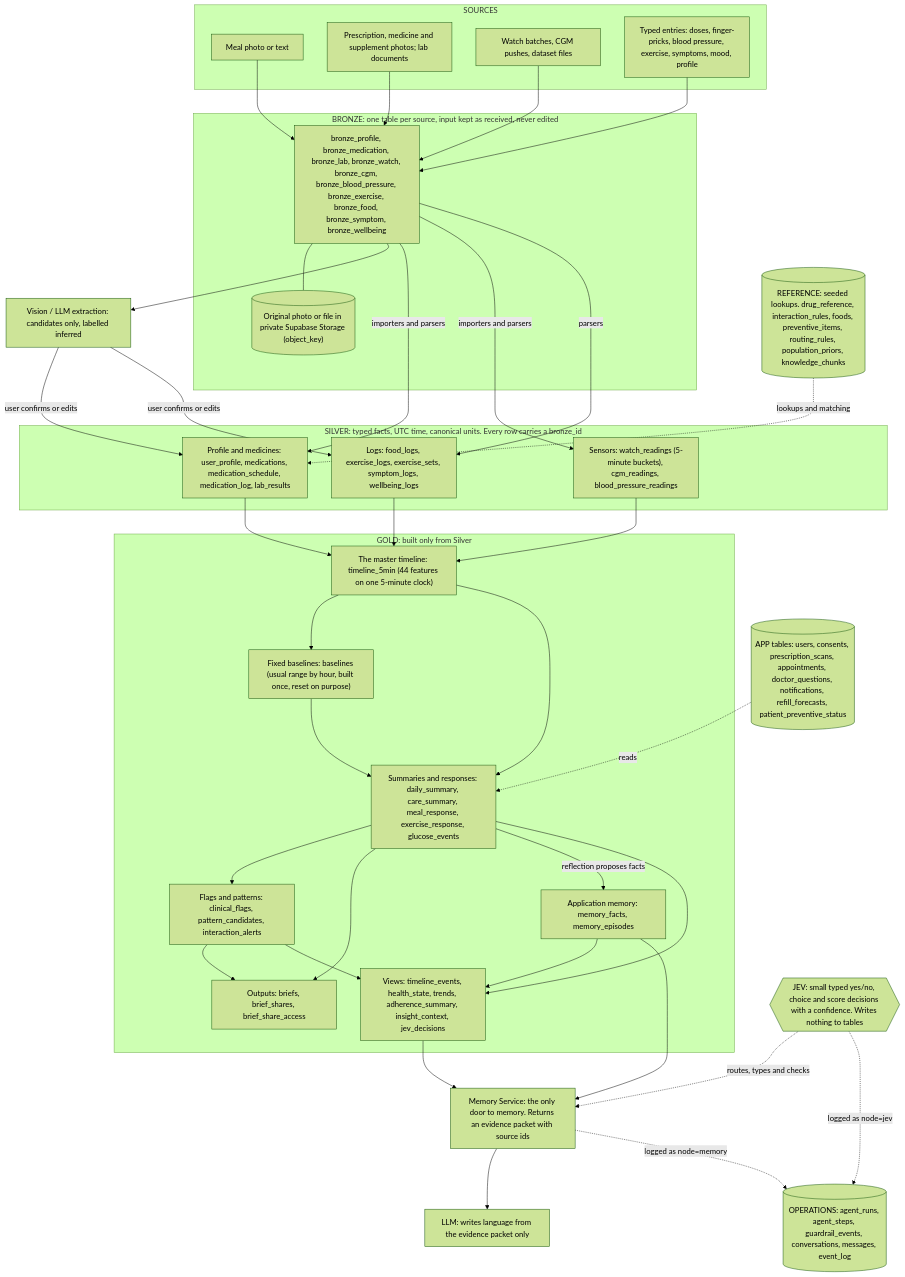
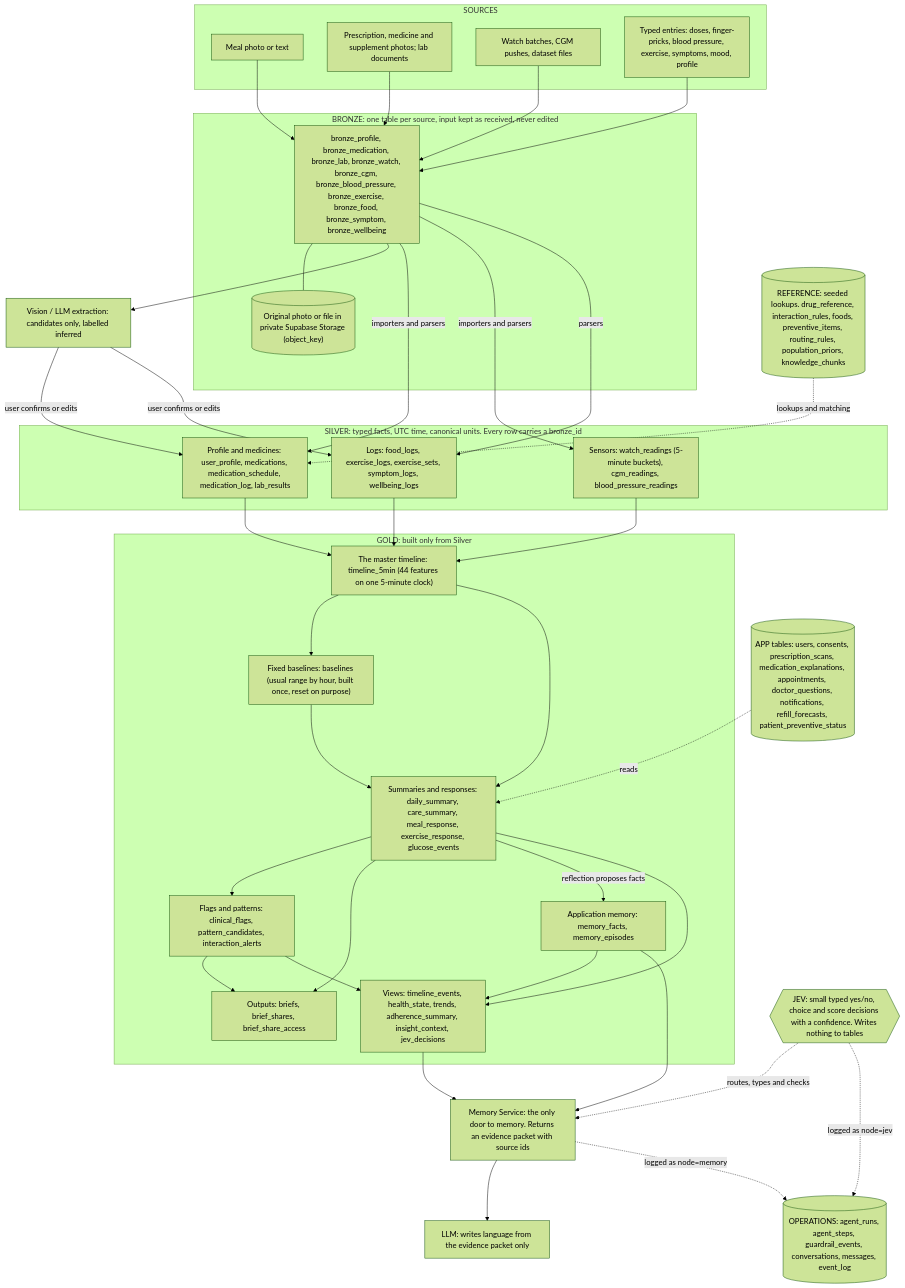
One commit to hongyeeet/smart-health changed the first of 3 diagrams in docs/specs/data-flow.md. Above: the diagram before and after it, drawn with Mermaid (forest theme). The commit also changed other lines of this file and 24 other files, not shown here.

````diff
--- a/docs/specs/data-flow.md
+++ b/docs/specs/data-flow.md
@@ -7,73 +7,73 @@
 ```mermaid
 flowchart TB
   subgraph SRC["SOURCES"]
     S1["Meal photo or text"]
     S2["Prescription, medicine and supplement photos; lab documents"]
     S3["Watch batches, CGM pushes, dataset files"]
     S4["Typed entries: doses, finger-pricks, blood pressure, exercise, symptoms, mood, profile"]
   end
 
   subgraph BRZ["BRONZE: one table per source, input kept as received, never edited"]
     B1["bronze_profile, bronze_medication, bronze_lab, bronze_watch, bronze_cgm, bronze_blood_pressure, bronze_exercise, bronze_food, bronze_symptom, bronze_wellbeing"]
     B2[("Original photo or file in private Supabase Storage (object_key)")]
   end
 
   AI["Vision / LLM extraction: candidates only, labelled inferred"]
 
   subgraph SLV["SILVER: typed facts, UTC time, canonical units. Every row carries a bronze_id"]
     V1["Profile and medicines: user_profile, medications, medication_schedule, medication_log, lab_results"]
     V2["Sensors: watch_readings (5-minute buckets), cgm_readings, blood_pressure_readings"]
     V3["Logs: food_logs, exercise_logs, exercise_sets, symptom_logs, wellbeing_logs"]
   end
 
-  APP[("APP tables: users, consents, prescription_scans, appointments, doctor_questions, notifications, refill_forecasts, patient_preventive_status")]
+  APP[("APP tables: users, consents, prescription_scans, medication_explanations, appointments, doctor_questions, notifications, refill_forecasts, patient_preventive_status")]
   REF[("REFERENCE: seeded lookups. drug_reference, interaction_rules, foods, preventive_items, routing_rules, population_priors, knowledge_chunks")]
 
   subgraph GLD["GOLD: built only from Silver"]
     G1["The master timeline: timeline_5min (44 features on one 5-minute clock)"]
     G2["Fixed baselines: baselines (usual range by hour, built once, reset on purpose)"]
     G3["Summaries and responses: daily_summary, care_summary, meal_response, exercise_response, glucose_events"]
     G4["Flags and patterns: clinical_flags, pattern_candidates, interaction_alerts"]
     G5["Application memory: memory_facts, memory_episodes"]
     G6["Outputs: briefs, brief_shares, brief_share_access"]
     G7["Views: timeline_events, health_state, trends, adherence_summary, insight_context, jev_decisions"]
   end
 
   MS["Memory Service: the only door to memory. Returns an evidence packet with source ids"]
   JEV{{"JEV: small typed yes/no, choice and score decisions with a confidence. Writes nothing to tables"}}
   LLM["LLM: writes language from the evidence packet only"]
   OPS[("OPERATIONS: agent_runs, agent_steps, guardrail_events, conversations, messages, event_log")]
 
   S1 --> B1
   S2 --> B1
   S3 --> B1
   S4 --> B1
   B1 --- B2
   B1 --> AI
   AI -->|"user confirms or edits"| V1
   AI -->|"user confirms or edits"| V3
   B1 -->|"importers and parsers"| V1
   B1 -->|"importers and parsers"| V2
   B1 -->|"parsers"| V3
   REF -.->|"lookups and matching"| V1
   V1 --> G1
   V2 --> G1
   V3 --> G1
   G1 --> G2
   G1 --> G3
   G2 --> G3
   G3 --> G4
   APP -.->|"reads"| G3
   G3 --> G6
   G4 --> G6
   G3 -->|"reflection proposes facts"| G5
   G3 --> G7
   G4 --> G7
   G5 --> G7
   G7 --> MS
   G5 --> MS
   JEV -.->|"routes, types and checks"| MS
   MS --> LLM
   JEV -.->|"logged as node=jev"| OPS
   MS -.->|"logged as node=memory"| OPS
 ```
````
